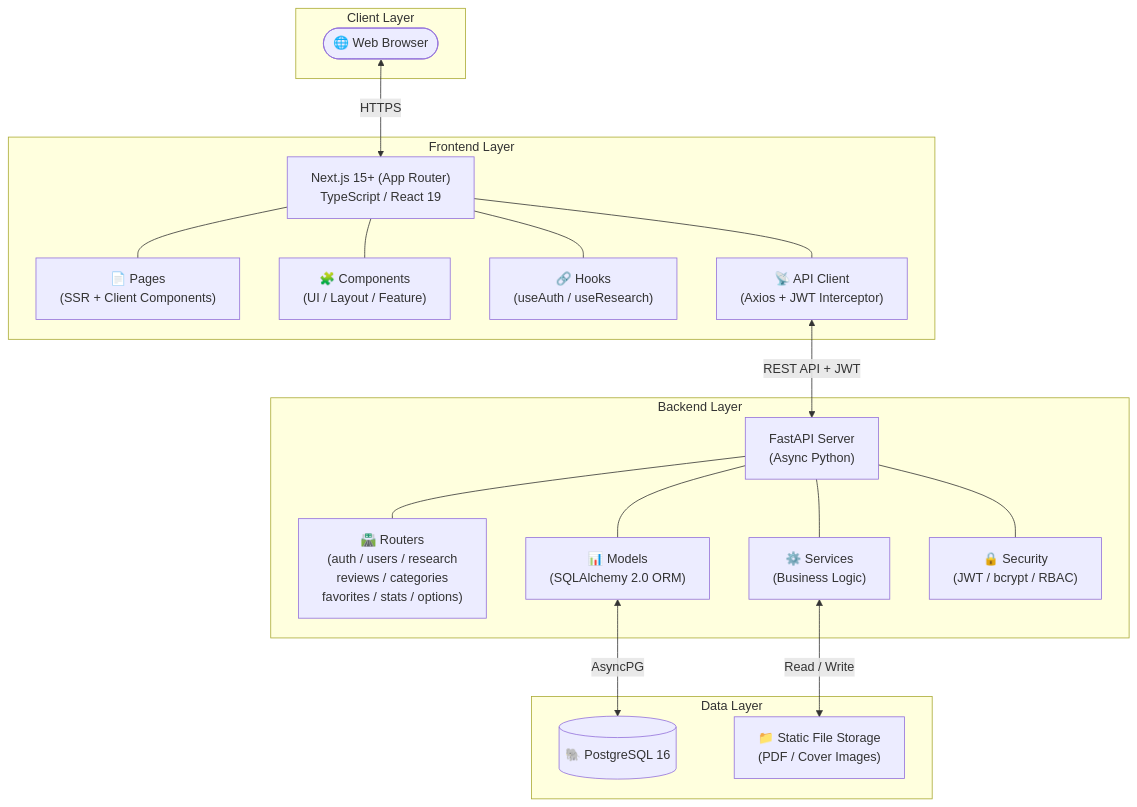
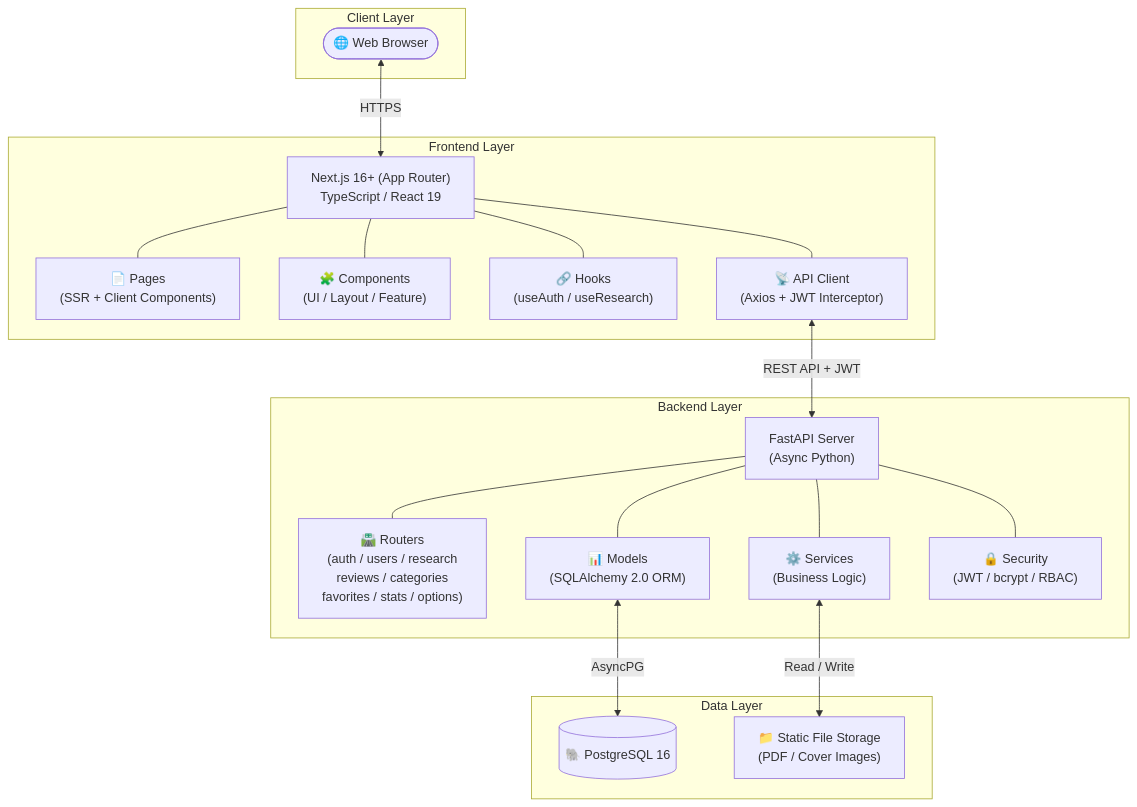
Before and after one commit to Phoomss/UniResearch: the second of 4 diagrams in docs/UniResearch_Project_Requirements.md, drawn with Mermaid. The commit also changed other lines of this file and 1 other file, not shown here.

Commit message:
Refactor code structure for improved readability and maintainability

````diff
--- a/docs/UniResearch_Project_Requirements.md
+++ b/docs/UniResearch_Project_Requirements.md
@@ -173,32 +173,32 @@
 ```mermaid
 graph TD
     subgraph Client Layer
         Browser([🌐 Web Browser])
     end
 
     subgraph Frontend Layer
-        NextJS["Next.js 15+ (App Router)<br/>TypeScript / React 19"]
+        NextJS["Next.js 16+ (App Router)<br/>TypeScript / React 19"]
         NextJS --- Pages["📄 Pages<br/>(SSR + Client Components)"]
         NextJS --- Components["🧩 Components<br/>(UI / Layout / Feature)"]
         NextJS --- Hooks["🔗 Hooks<br/>(useAuth / useResearch)"]
         NextJS --- APIClient["📡 API Client<br/>(Axios + JWT Interceptor)"]
     end
 
     subgraph Backend Layer
         FastAPI["FastAPI Server<br/>(Async Python)"]
         FastAPI --- Routers["🛣️ Routers<br/>(auth / users / research<br/>reviews / categories<br/>favorites / stats / options)"]
         FastAPI --- Services["⚙️ Services<br/>(Business Logic)"]
         FastAPI --- Models["📊 Models<br/>(SQLAlchemy 2.0 ORM)"]
         FastAPI --- Security["🔒 Security<br/>(JWT / bcrypt / RBAC)"]
     end
 
     subgraph Data Layer
         PostgreSQL[(🐘 PostgreSQL 16)]
         StaticFiles["📁 Static File Storage<br/>(PDF / Cover Images)"]
     end
 
     Browser <-->|HTTPS| NextJS
     APIClient <-->|REST API + JWT| FastAPI
     Models <-->|AsyncPG| PostgreSQL
     Services <-->|Read / Write| StaticFiles
 ```
````
